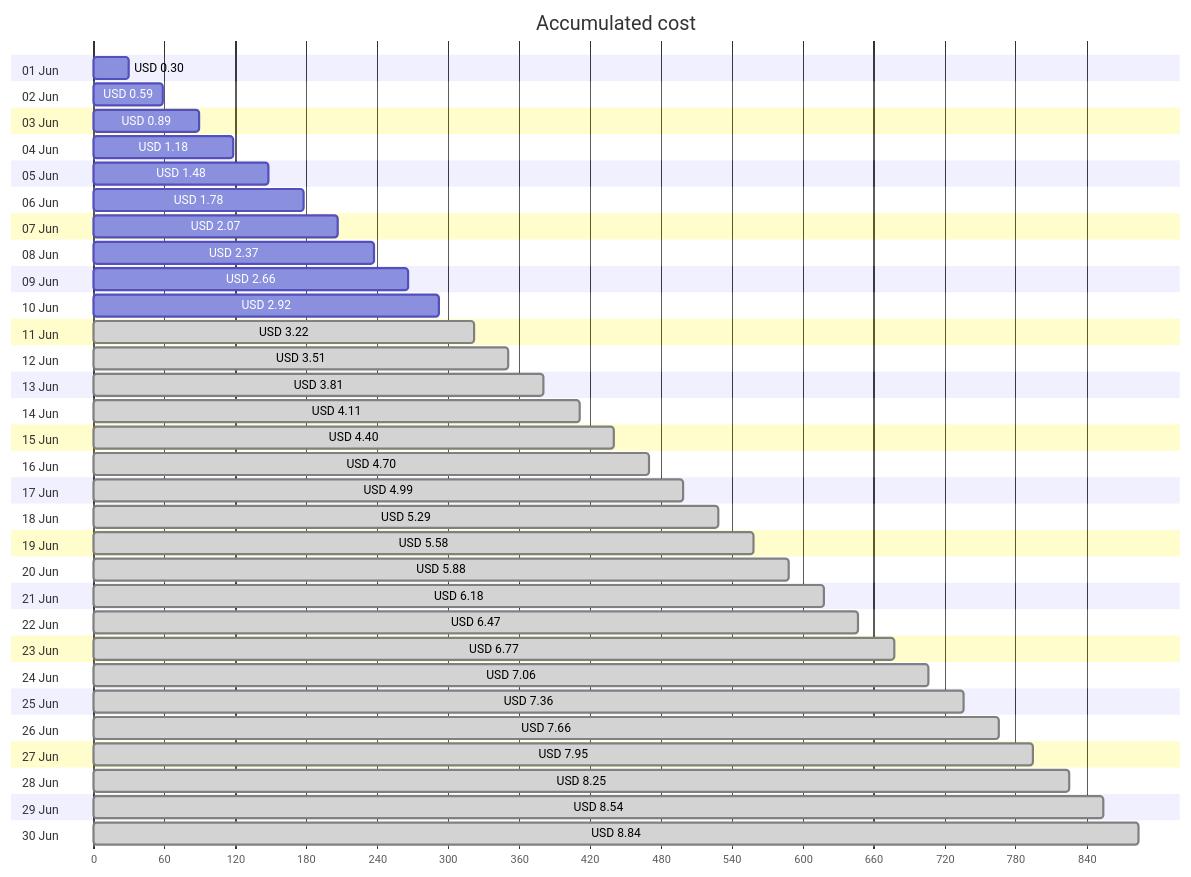
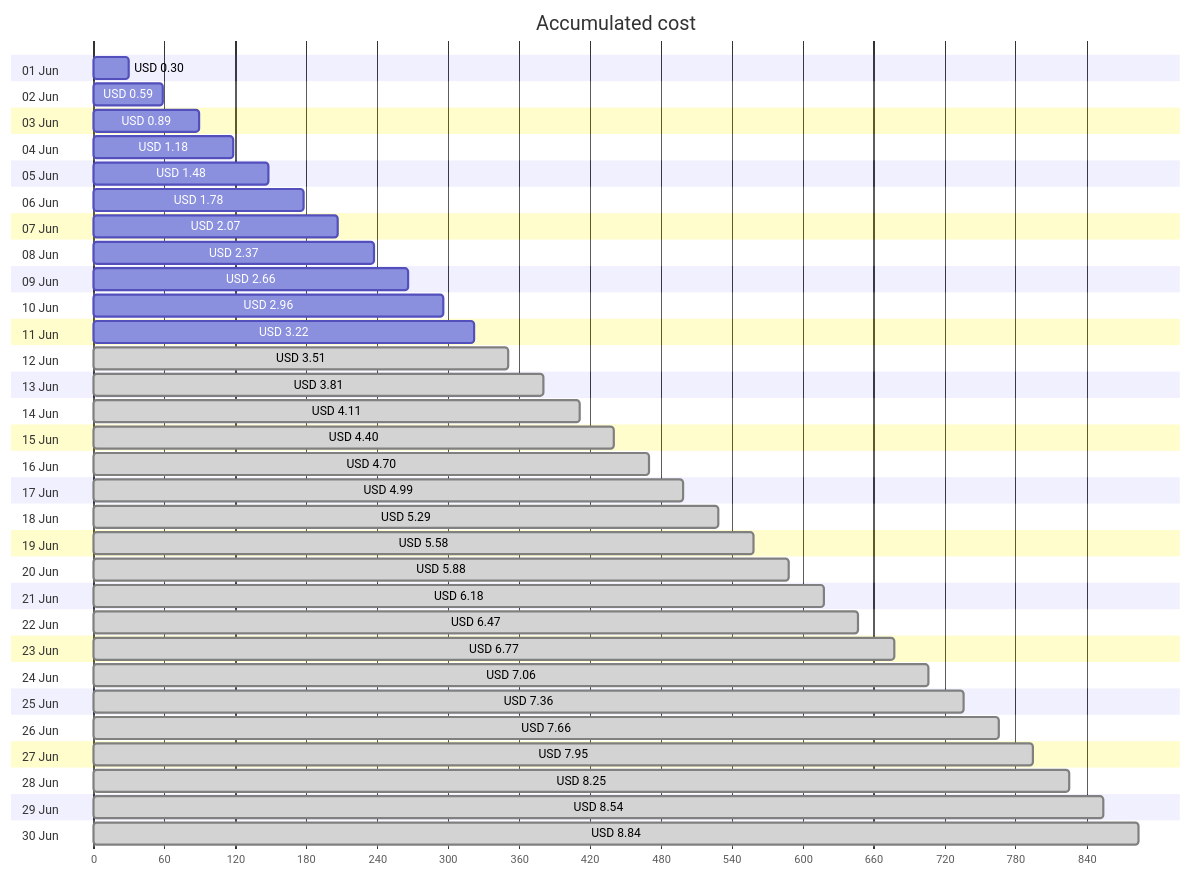
One commit to jpfulton/azure-personal-reports changed the first of 4 diagrams in cost-reports/personal-site/personal-site-preview.md. Above: the diagram before and after it, drawn with Mermaid. The commit also changed other lines of this file and 6 other files, not shown here.

````diff
--- a/cost-reports/personal-site/personal-site-preview.md
+++ b/cost-reports/personal-site/personal-site-preview.md
@@ -20,66 +20,66 @@
 ```mermaid
 gantt
    title Accumulated cost
    dateFormat  X
    axisFormat %s
    section 01 Jun
    USD 0.30 :0, 30
    section 02 Jun
    USD 0.59 :0, 59
    section 03 Jun
    USD 0.89 :0, 89
    section 04 Jun
    USD 1.18 :0, 118
    section 05 Jun
    USD 1.48 :0, 148
    section 06 Jun
    USD 1.78 :0, 178
    section 07 Jun
    USD 2.07 :0, 207
    section 08 Jun
    USD 2.37 :0, 237
    section 09 Jun
    USD 2.66 :0, 266
    section 10 Jun
-   USD 2.92 :0, 292
+   USD 2.96 :0, 296
    section 11 Jun
-   USD 3.22 : done, 0, 322
+   USD 3.22 :0, 322
    section 12 Jun
    USD 3.51 : done, 0, 351
    section 13 Jun
    USD 3.81 : done, 0, 381
    section 14 Jun
    USD 4.11 : done, 0, 411
    section 15 Jun
    USD 4.40 : done, 0, 440
    section 16 Jun
    USD 4.70 : done, 0, 470
    section 17 Jun
    USD 4.99 : done, 0, 499
    section 18 Jun
    USD 5.29 : done, 0, 529
    section 19 Jun
    USD 5.58 : done, 0, 558
    section 20 Jun
    USD 5.88 : done, 0, 588
    section 21 Jun
    USD 6.18 : done, 0, 618
    section 22 Jun
    USD 6.47 : done, 0, 647
    section 23 Jun
    USD 6.77 : done, 0, 677
    section 24 Jun
    USD 7.06 : done, 0, 706
    section 25 Jun
    USD 7.36 : done, 0, 736
    section 26 Jun
    USD 7.66 : done, 0, 766
    section 27 Jun
    USD 7.95 : done, 0, 795
    section 28 Jun
    USD 8.25 : done, 0, 825
    section 29 Jun
    USD 8.54 : done, 0, 854
    section 30 Jun
    USD 8.84 : done, 0, 884
 ```
````
